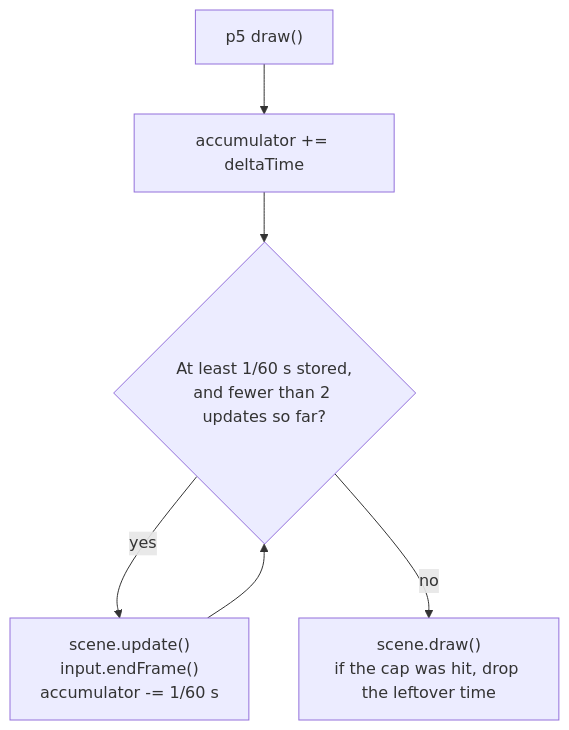
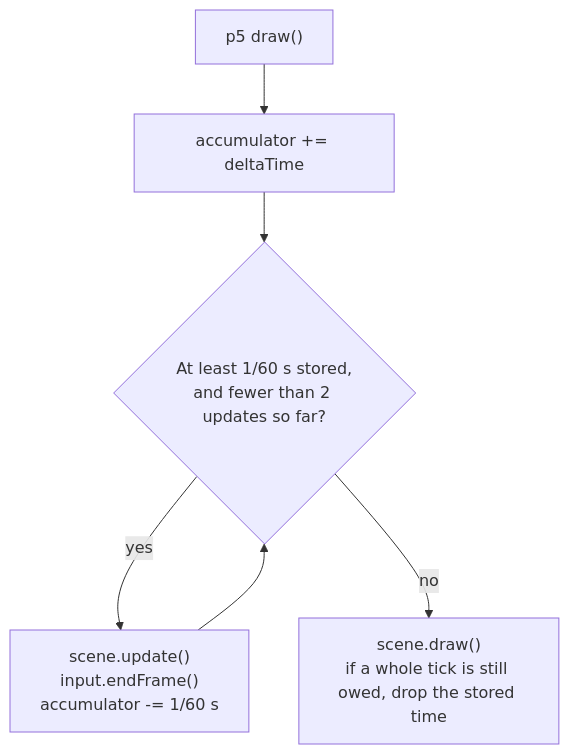
Before and after one commit to CarlosSandoval-03/Newspeak-1984: the second of 4 diagrams in docs/technical.md, drawn with Mermaid. The commit also changed other lines of this file and 7 other files, not shown here.

````diff
--- a/docs/technical.md
+++ b/docs/technical.md
@@ -131,8 +131,8 @@
 ```mermaid
 flowchart TD
     frame["p5 draw()"] --> add["accumulator += deltaTime"]
     add --> due{"At least 1/60 s stored,<br/>and fewer than 2 updates so far?"}
     due -->|"yes"| step["scene.update()<br/>input.endFrame()<br/>accumulator -= 1/60 s"]
     step --> due
-    due -->|"no"| render["scene.draw()<br/>if the cap was hit, drop the leftover time"]
+    due -->|"no"| render["scene.draw()<br/>if a whole tick is still owed, drop the stored time"]
 ```
````
